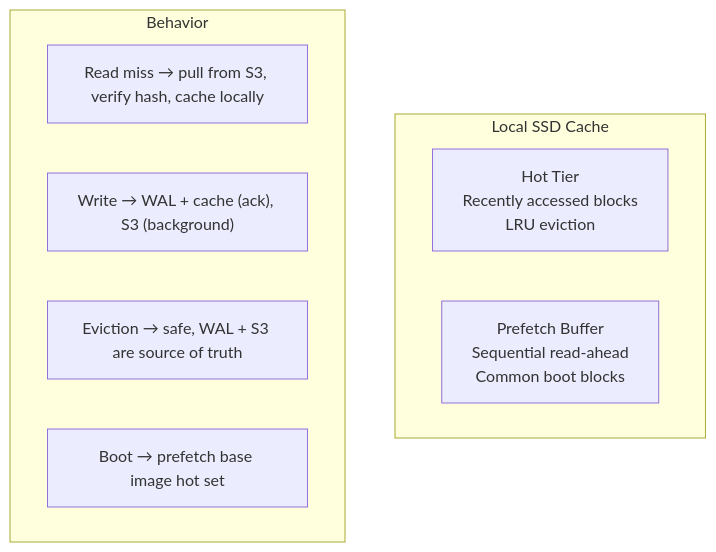
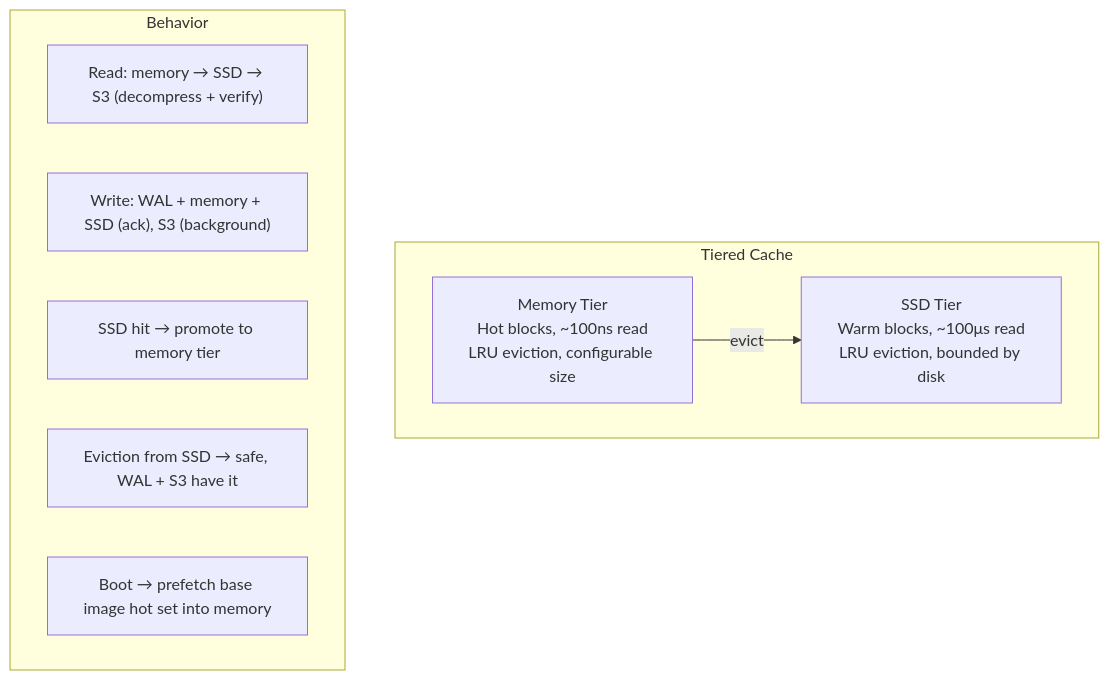
One commit to paraglidehq/glidefs changed the seventh of 14 diagrams in GLIDEv2.md. Above: the diagram before and after it, drawn with Mermaid. The commit also changed other lines of this file, not shown here.

````diff
--- a/GLIDEv2.md
+++ b/GLIDEv2.md
@@ -251,14 +327,16 @@
 ```mermaid
 graph TB
-    subgraph "Local SSD Cache"
-        HOT["Hot Tier<br/>Recently accessed blocks<br/>LRU eviction"]
-        PREFETCH["Prefetch Buffer<br/>Sequential read-ahead<br/>Common boot blocks"]
+    subgraph "Tiered Cache"
+        MEM["Memory Tier<br/>Hot blocks, ~100ns read<br/>LRU eviction, configurable size"]
+        SSD["SSD Tier<br/>Warm blocks, ~100μs read<br/>LRU eviction, bounded by disk"]
+        MEM -->|"evict"| SSD
     end
 
     subgraph "Behavior"
-        READ["Read miss → pull from S3, verify hash, cache locally"]
-        WRITE["Write → WAL + cache (ack), S3 (background)"]
-        EVICT["Eviction → safe, WAL + S3 are source of truth"]
-        BOOT["Boot → prefetch base image hot set"]
+        READ["Read: memory → SSD → S3 (decompress + verify)"]
+        WRITE["Write: WAL + memory + SSD (ack), S3 (background)"]
+        PROMOTE["SSD hit → promote to memory tier"]
+        EVICT["Eviction from SSD → safe, WAL + S3 have it"]
+        BOOT["Boot → prefetch base image hot set into memory"]
     end
 ```
````
